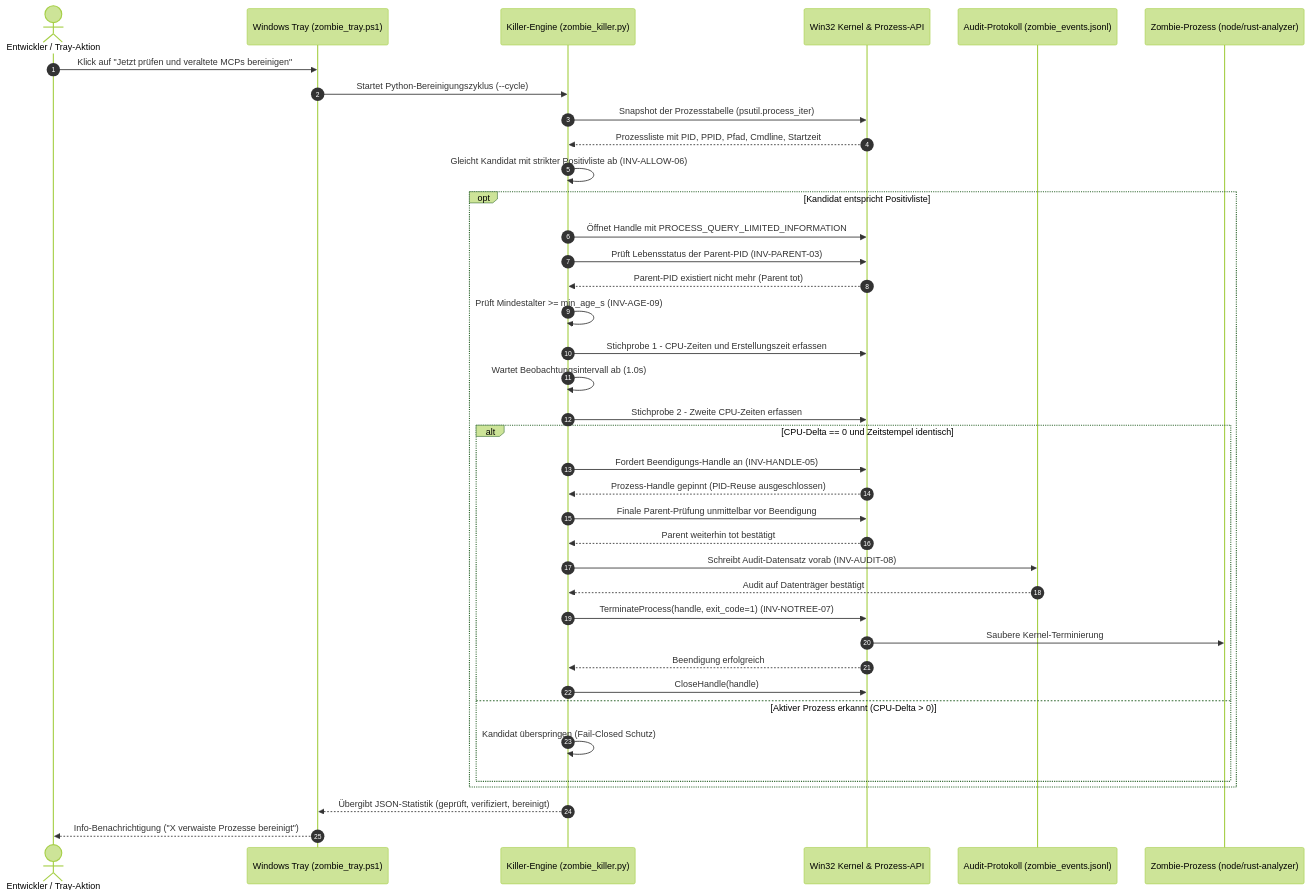
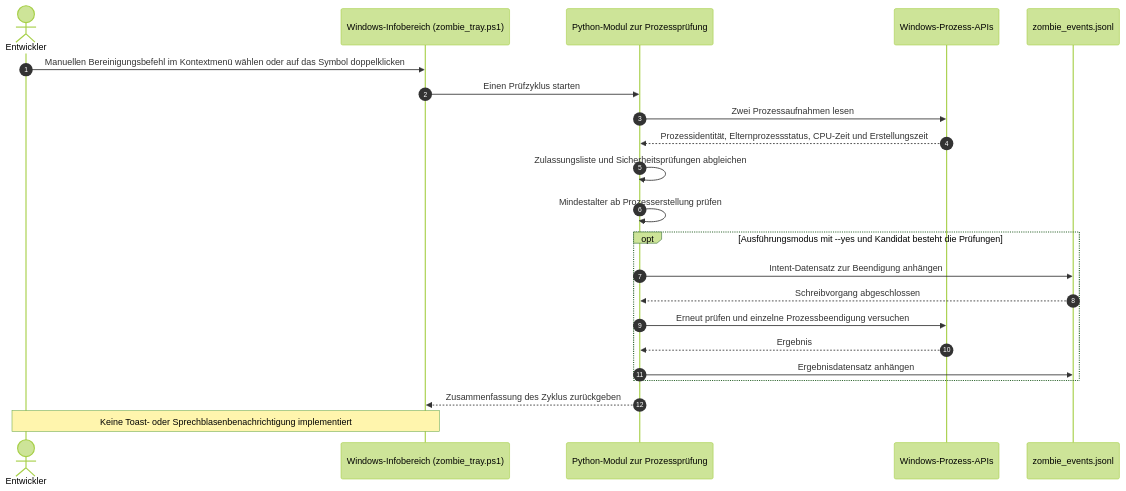
One commit to dev-bricks/zombie-killer-tray changed the second of 2 diagrams in README_de.md. Above: the diagram before and after it, drawn with Mermaid (forest theme). The commit also changed other lines of this file and 18 other files, not shown here.

````diff
--- a/README_de.md
+++ b/README_de.md
@@ -176,47 +92,25 @@
 ```mermaid
 sequenceDiagram
     autonumber
-    actor Dev as Entwickler / Tray-Aktion
-    participant Tray as Windows Tray (zombie_tray.ps1)
-    participant Engine as Killer-Engine (zombie_killer.py)
-    participant OS as Win32 Kernel & Prozess-API
-    participant Audit as Audit-Protokoll (zombie_events.jsonl)
-    participant Target as Zombie-Prozess (node/rust-analyzer)
+    actor Dev as Entwickler
+    participant Tray as Windows-Infobereich (zombie_tray.ps1)
+    participant Engine as Python-Modul zur Prozessprüfung
+    participant OS as Windows-Prozess-APIs
+    participant Audit as zombie_events.jsonl
 
-    Dev->>Tray: Klick auf "Jetzt prüfen und veraltete MCPs bereinigen"
-    Tray->>Engine: Startet Python-Bereinigungszyklus (--cycle)
-    Engine->>OS: Snapshot der Prozesstabelle (psutil.process_iter)
-    OS-->>Engine: Prozessliste mit PID, PPID, Pfad, Cmdline, Startzeit
-    Engine->>Engine: Gleicht Kandidat mit strikter Positivliste ab (INV-ALLOW-06)
-
-    opt Kandidat entspricht Positivliste
-        Engine->>OS: Öffnet Handle mit PROCESS_QUERY_LIMITED_INFORMATION
-        Engine->>OS: Prüft Lebensstatus der Parent-PID (INV-PARENT-03)
-        OS-->>Engine: Parent-PID existiert nicht mehr (Parent tot)
-
-        Engine->>Engine: Prüft Mindestalter >= min_age_s (INV-AGE-09)
-        Engine->>OS: Stichprobe 1 - CPU-Zeiten und Erstellungszeit erfassen
-        Engine->>Engine: Wartet Beobachtungsintervall ab (1.0s)
-        Engine->>OS: Stichprobe 2 - Zweite CPU-Zeiten erfassen
-
-        alt CPU-Delta == 0 und Zeitstempel identisch
-            Engine->>OS: Fordert Beendigungs-Handle an (INV-HANDLE-05)
-            OS-->>Engine: Prozess-Handle gepinnt (PID-Reuse ausgeschlossen)
-            Engine->>OS: Finale Parent-Prüfung unmittelbar vor Beendigung
-            OS-->>Engine: Parent weiterhin tot bestätigt
-
-            Engine->>Audit: Schreibt Audit-Datensatz vorab (INV-AUDIT-08)
-            Audit-->>Engine: Audit auf Datenträger bestätigt
-
-            Engine->>OS: TerminateProcess(handle, exit_code=1) (INV-NOTREE-07)
-            OS->>Target: Saubere Kernel-Terminierung
-            OS-->>Engine: Beendigung erfolgreich
-            Engine->>OS: CloseHandle(handle)
-        else Aktiver Prozess erkannt (CPU-Delta > 0)
-            Engine->>Engine: Kandidat überspringen (Fail-Closed Schutz)
-        end
+    Dev->>Tray: Manuellen Bereinigungsbefehl im Kontextmenü wählen oder auf das Symbol doppelklicken
+    Tray->>Engine: Einen Prüfzyklus starten
+    Engine->>OS: Zwei Prozessaufnahmen lesen
+    OS-->>Engine: Prozessidentität, Elternprozessstatus, CPU-Zeit und Erstellungszeit
+    Engine->>Engine: Zulassungsliste und Sicherheitsprüfungen abgleichen
+    Engine->>Engine: Mindestalter ab Prozesserstellung prüfen
+    opt Ausführungsmodus mit --yes und Kandidat besteht die Prüfungen
+        Engine->>Audit: Intent-Datensatz zur Beendigung anhängen
+        Audit-->>Engine: Schreibvorgang abgeschlossen
+        Engine->>OS: Erneut prüfen und einzelne Prozessbeendigung versuchen
+        OS-->>Engine: Ergebnis
+        Engine->>Audit: Ergebnisdatensatz anhängen
     end
-
-    Engine-->>Tray: Übergibt JSON-Statistik (geprüft, verifiziert, bereinigt)
-    Tray-->>Dev: Info-Benachrichtigung ("X verwaiste Prozesse bereinigt")
+    Engine-->>Tray: Zusammenfassung des Zyklus zurückgeben
+    Note over Tray,Dev: Keine Toast- oder Sprechblasenbenachrichtigung implementiert
 ```
````
